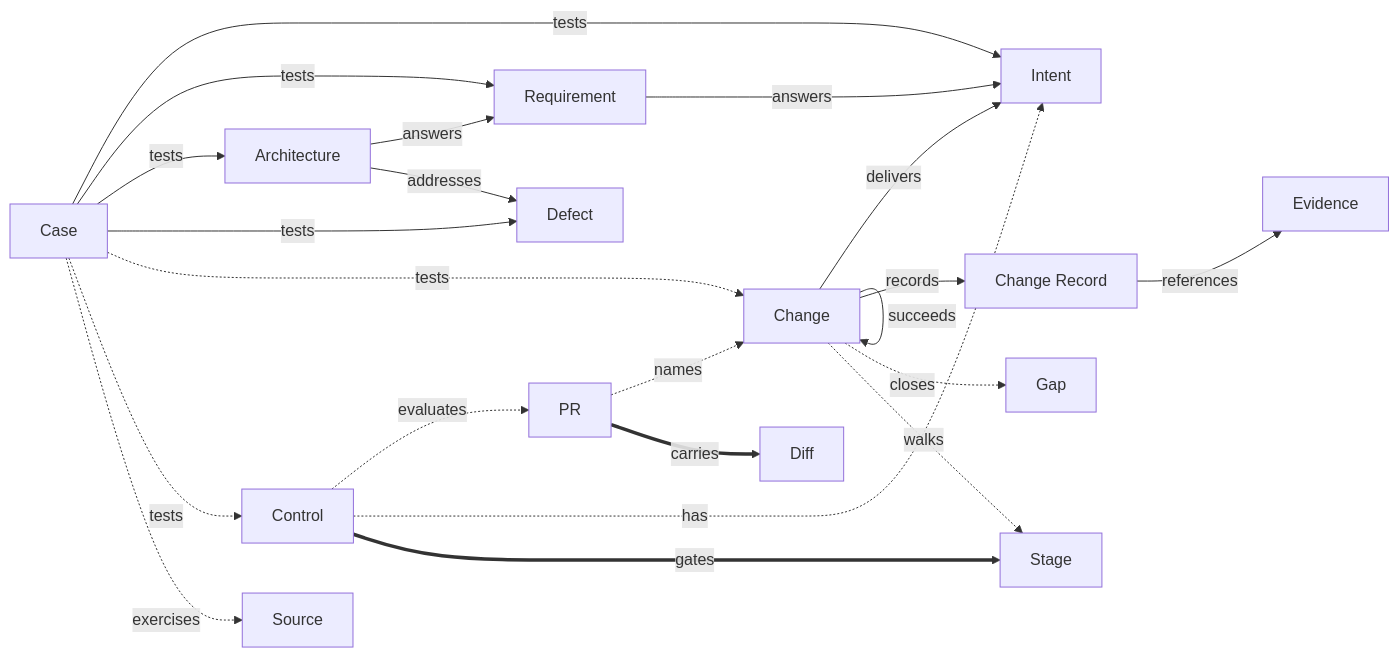
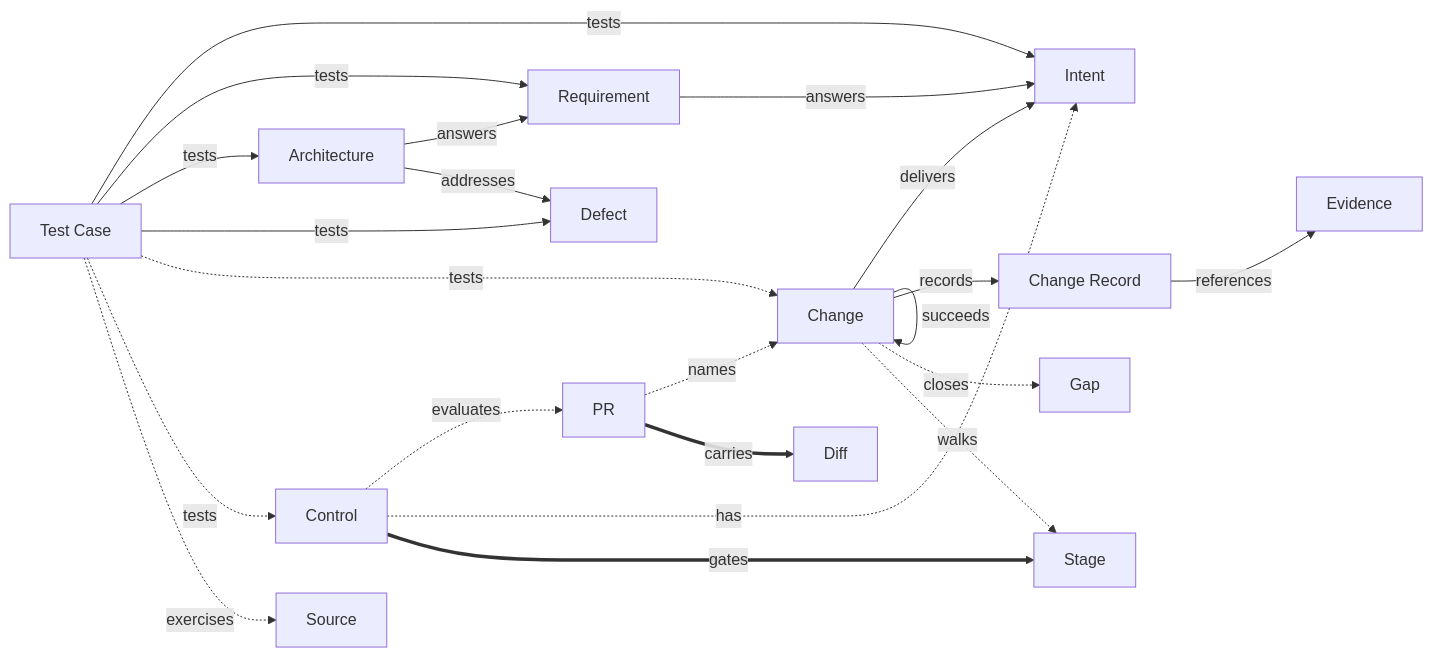
One commit to Kai-Hacks-AI/KAAL changed the diagram in engineering/metamodel/metamodel.md. Above: the diagram before and after it, drawn with Mermaid. The commit also changed other lines of this file and 10 other files, not shown here.

First line of the commit message:
DO: Test Case is the domain object name in the model, the diagrams and the views (release/C71)

````diff
--- a/engineering/metamodel/metamodel.md
+++ b/engineering/metamodel/metamodel.md
@@ -30,24 +30,24 @@
 ```mermaid
 flowchart LR
   Change -->|delivers| Intent
   Requirement -->|answers| Intent
   Architecture -->|answers| Requirement
   Architecture -->|addresses| Defect
-  Case -->|tests| Intent
-  Case -->|tests| Requirement
-  Case -->|tests| Architecture
-  Case -->|tests| Defect
+  TestCase["Test Case"] -->|tests| Intent
+  TestCase -->|tests| Requirement
+  TestCase -->|tests| Architecture
+  TestCase -->|tests| Defect
   Change -->|succeeds| Change
   Change -->|records| ChangeRecord["Change Record"]
   ChangeRecord -->|references| Evidence
   PR -.->|names| Change
   PR ==>|carries| Diff
   Control -.->|evaluates| PR
   Control -.->|has| Intent
-  Case -.->|tests| Change
-  Case -.->|tests| Control
-  Case -.->|exercises| Source
+  TestCase -.->|tests| Change
+  TestCase -.->|tests| Control
+  TestCase -.->|exercises| Source
   Change -.->|closes| Gap
   Change -.->|walks| Stage
   Control ==>|gates| Stage
 ```
````
